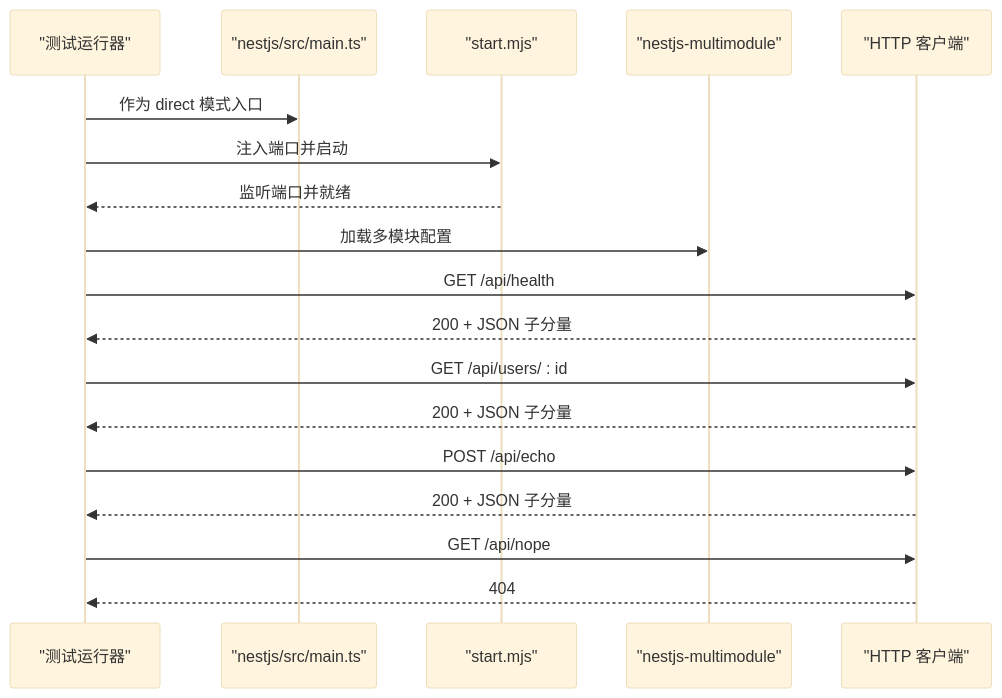
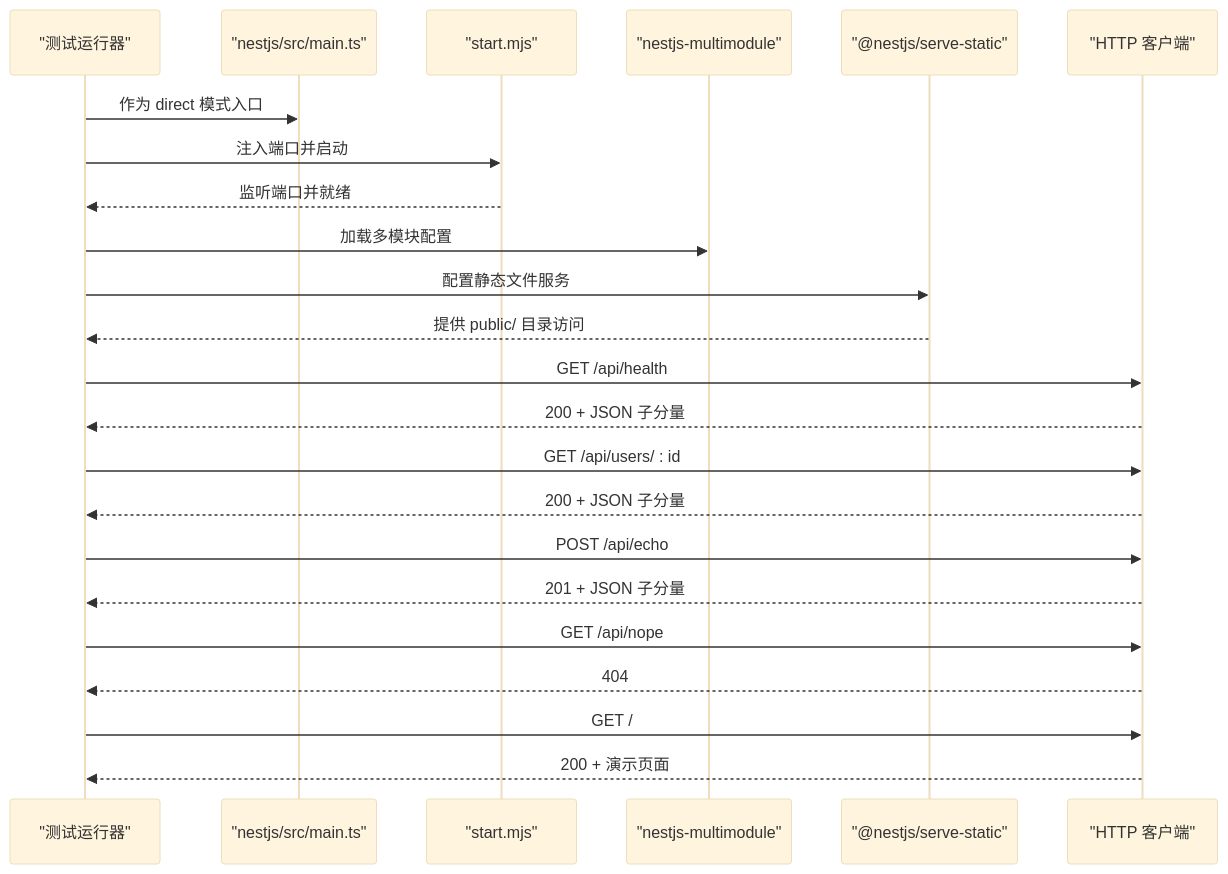
The fourth of 6 diagrams in .qoder/repowiki/zh/content/后端框架测试/后端框架测试套件.md (esa-sp/test-for-aone-ci), drawn with Mermaid (base theme) before and after one commit. The commit also changed other lines of this file and 31 other files, not shown here.

````diff
--- a/.qoder/repowiki/zh/content/后端框架测试/后端框架测试套件.md
+++ b/.qoder/repowiki/zh/content/后端框架测试/后端框架测试套件.md
@@ -308,20 +286,25 @@
 ```mermaid
 sequenceDiagram
 participant Runner as "测试运行器"
 participant Entry as "nestjs/src/main.ts"
 participant StartMJS as "start.mjs"
 participant MultiModule as "nestjs-multimodule"
+participant Static as "@nestjs/serve-static"
 participant HTTP as "HTTP 客户端"
 Runner->>Entry : 作为 direct 模式入口
 Runner->>StartMJS : 注入端口并启动
 StartMJS-->>Runner : 监听端口并就绪
 Runner->>MultiModule : 加载多模块配置
+Runner->>Static : 配置静态文件服务
+Static-->>Runner : 提供 public/ 目录访问
 Runner->>HTTP : GET /api/health
 HTTP-->>Runner : 200 + JSON 子分量
 Runner->>HTTP : GET /api/users/ : id
 HTTP-->>Runner : 200 + JSON 子分量
 Runner->>HTTP : POST /api/echo
-HTTP-->>Runner : 200 + JSON 子分量
+HTTP-->>Runner : 201 + JSON 子分量
 Runner->>HTTP : GET /api/nope
 HTTP-->>Runner : 404
+Runner->>HTTP : GET /
+HTTP-->>Runner : 200 + 演示页面
 ```
````
